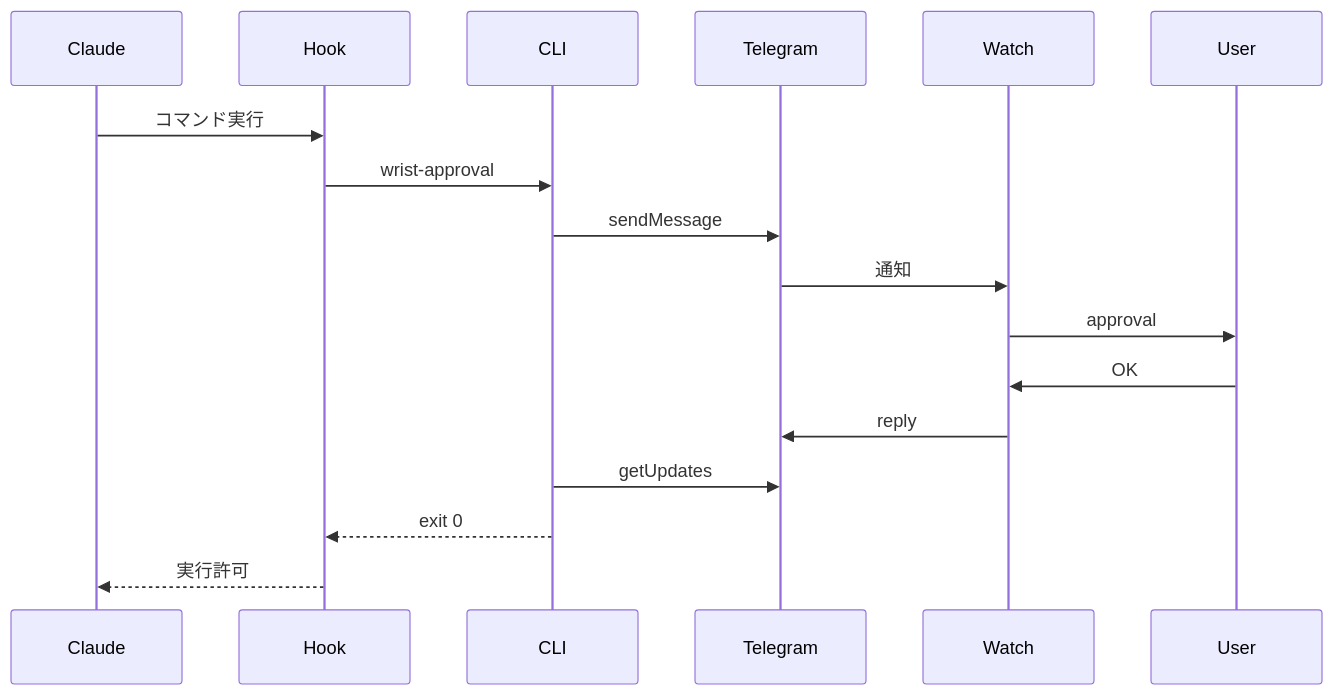
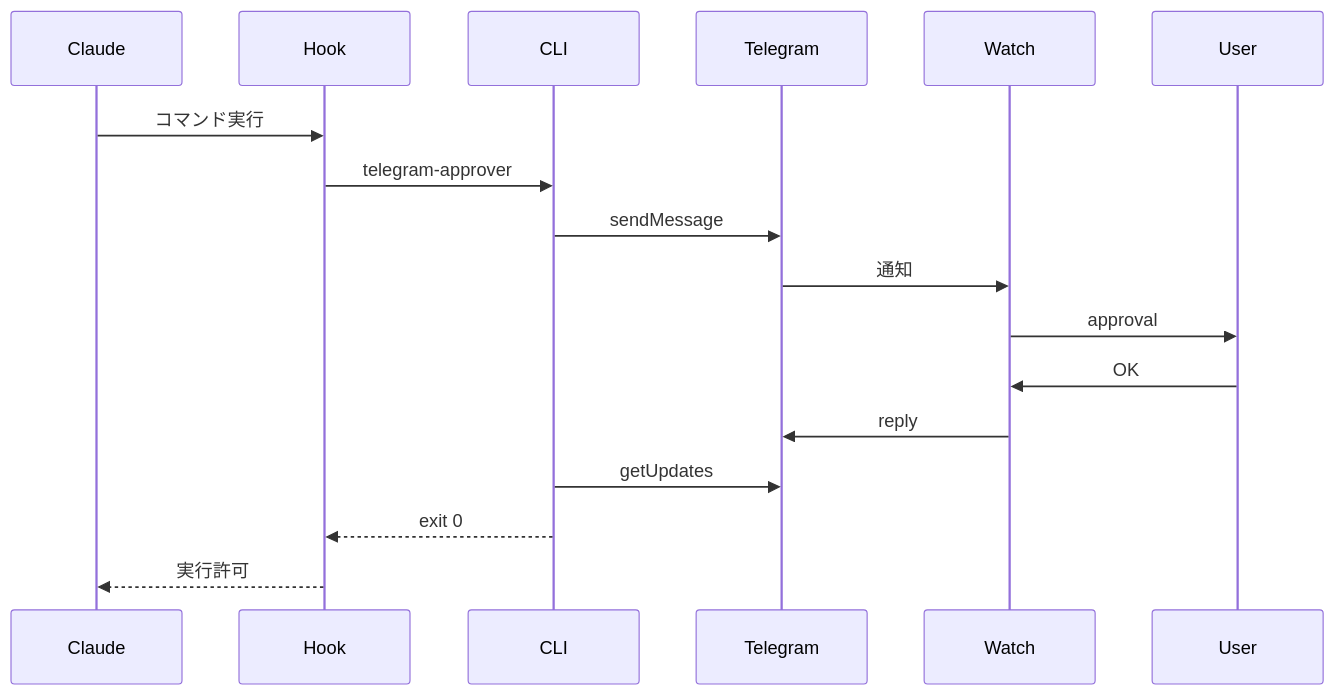
Before and after one commit to motty93/telegram-approver: the diagram in README.md, drawn with Mermaid. The commit also changed other lines of this file and 1 other file, not shown here.

````diff
--- a/README.md
+++ b/README.md
@@ -65,20 +25,20 @@
 ```mermaid
 sequenceDiagram
     participant Claude
     participant Hook
     participant CLI
     participant Telegram
     participant Watch
     participant User
 
     Claude->>Hook: コマンド実行
-    Hook->>CLI: wrist-approval
+    Hook->>CLI: telegram-approver
     CLI->>Telegram: sendMessage
     Telegram->>Watch: 通知
     Watch->>User: approval
     User->>Watch: OK
     Watch->>Telegram: reply
     CLI->>Telegram: getUpdates
     CLI-->>Hook: exit 0
     Hook-->>Claude: 実行許可
 ```
````
